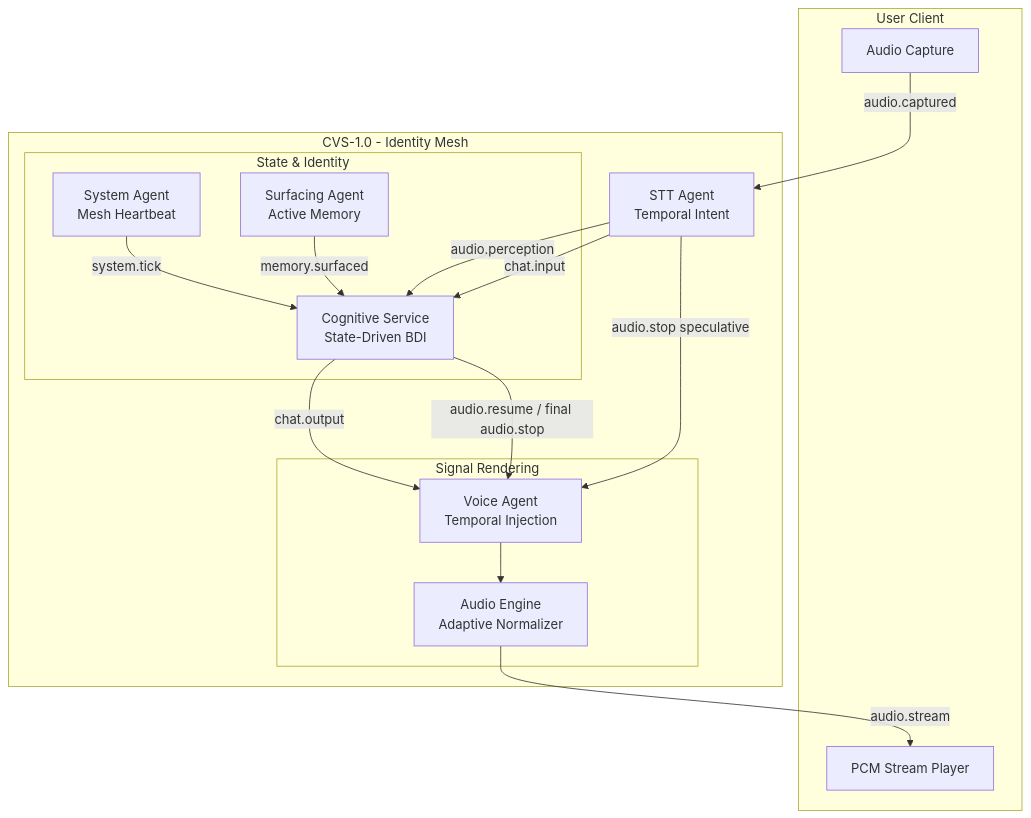
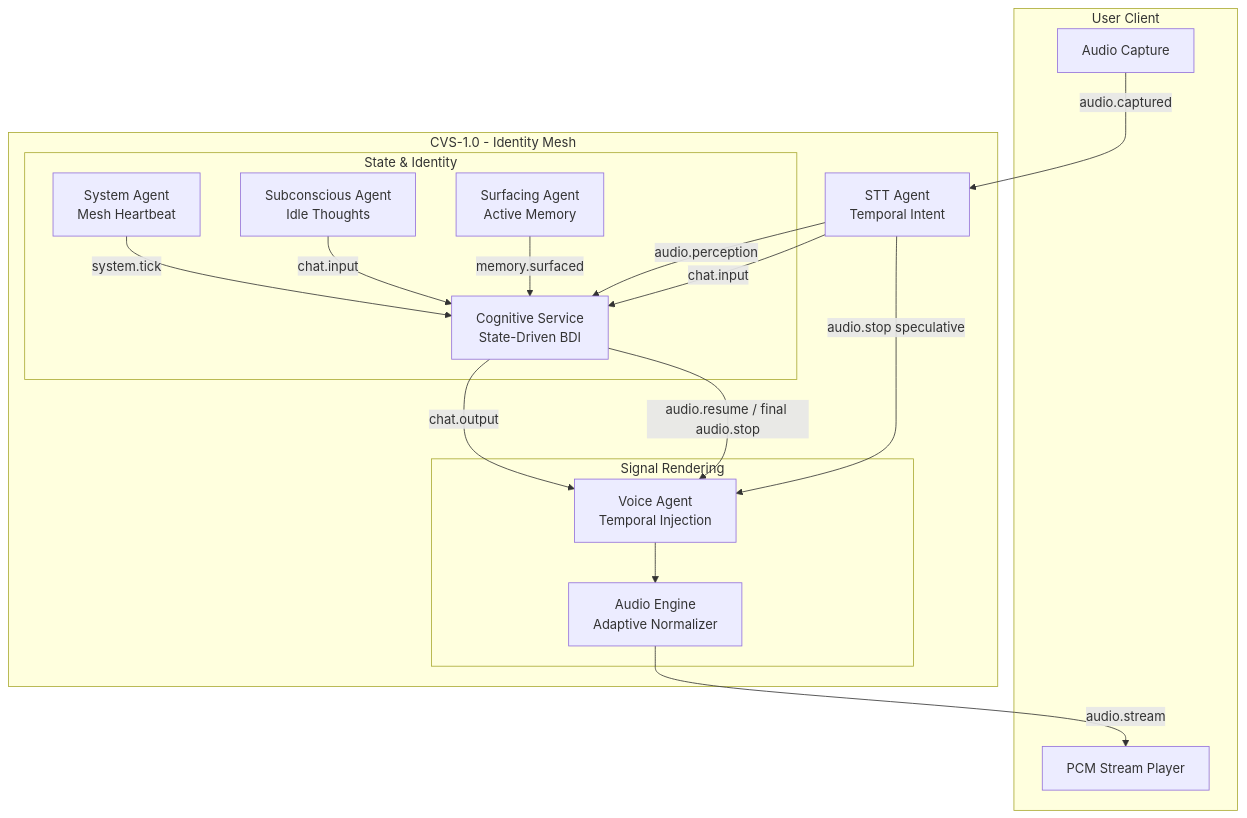
The diagram in docs/ARCHITECTURE.md (Aniket-a14/AI_friend), drawn with Mermaid before and after one commit. The commit also changed other lines of this file and 26 other files, not shown here.

Commit message:
feat: updated multi-agent architecture with documentation and research tools.

````diff
--- a/docs/ARCHITECTURE.md
+++ b/docs/ARCHITECTURE.md
@@ -77,33 +86,35 @@
 ```mermaid
 graph TB
     subgraph Client ["User Client"]
         MIC["Audio Capture"]
         PCM_PLAYER["PCM Stream Player"]
     end
 
     subgraph CVS_Mesh ["CVS-1.0 - Identity Mesh"]
         STT["STT Agent<br/>Temporal Intent"]
         
         subgraph Brain_Core ["State & Identity"]
             SYSTEM_TICK["System Agent<br/>Mesh Heartbeat"]
+            SUBCO["Subconscious Agent<br/>Idle Thoughts"]
             SURFACING["Surfacing Agent<br/>Active Memory"]
             DECISION["Cognitive Service<br/>State-Driven BDI"]
         end
 
         subgraph Voice_Core ["Signal Rendering"]
             VOICE_CONTROLLER["Voice Agent<br/>Temporal Injection"]
             AUDIO_ENGINE["Audio Engine<br/>Adaptive Normalizer"]
         end
     end
 
     MIC -->|audio.captured| STT
     STT -->|audio.perception| DECISION
     STT -->|audio.stop speculative| VOICE_CONTROLLER
     STT -->|chat.input| DECISION
     SYSTEM_TICK -->|system.tick| DECISION
+    SUBCO -->|chat.input| DECISION
     SURFACING -->|memory.surfaced| DECISION
     DECISION -->|chat.output| VOICE_CONTROLLER
     DECISION -->|audio.resume / final audio.stop| VOICE_CONTROLLER
     VOICE_CONTROLLER --> AUDIO_ENGINE
     AUDIO_ENGINE -->|audio.stream| PCM_PLAYER
 ```
````
